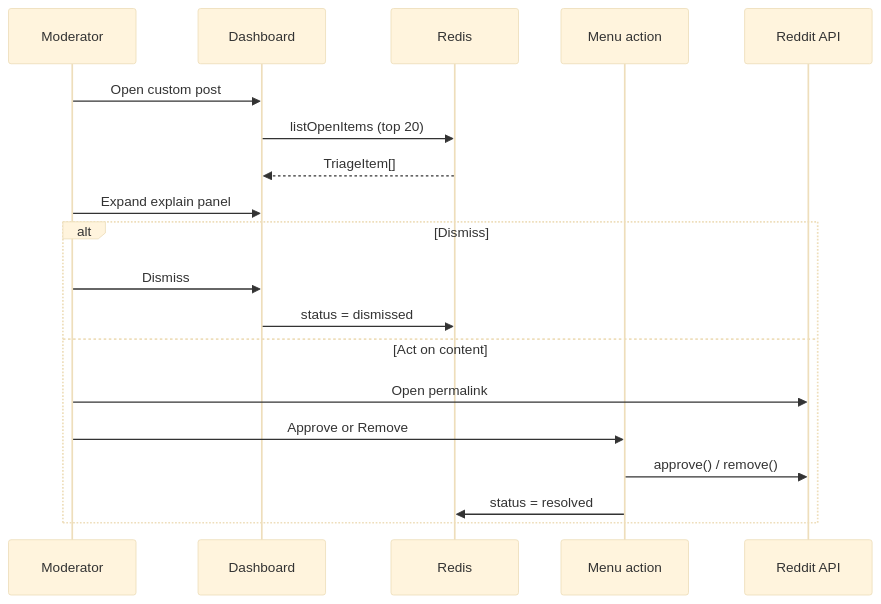
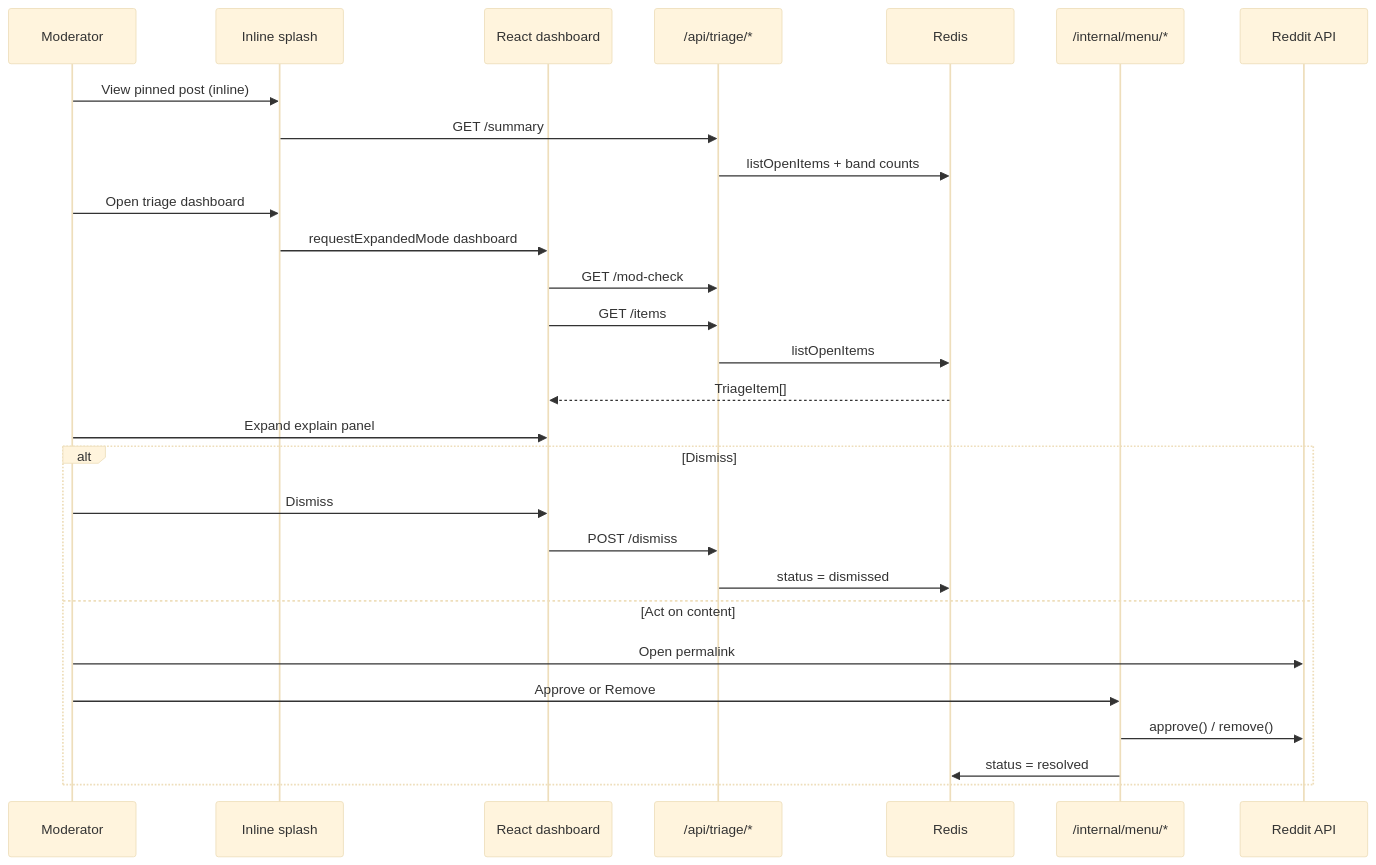
Before and after one commit to nag-gude/triageguard: the fourth of 6 diagrams in docs/ARCHITECTURE.md, drawn with Mermaid (base theme). The commit also changed other lines of this file and 33 other files, not shown here.

````diff
--- a/docs/ARCHITECTURE.md
+++ b/docs/ARCHITECTURE.md
@@ -128,22 +211,31 @@
 ```mermaid
 sequenceDiagram
   participant M as Moderator
-  participant D as Dashboard
+  participant SPL as Inline splash
+  participant D as React dashboard
+  participant API as /api/triage/*
   participant R as Redis
-  participant Menu as Menu action
+  participant Menu as /internal/menu/*
   participant Reddit as Reddit API
 
-  M->>D: Open custom post
-  D->>R: listOpenItems (top 20)
+  M->>SPL: View pinned post (inline)
+  SPL->>API: GET /summary
+  API->>R: listOpenItems + band counts
+  M->>SPL: Open triage dashboard
+  SPL->>D: requestExpandedMode dashboard
+  D->>API: GET /mod-check
+  D->>API: GET /items
+  API->>R: listOpenItems
   R-->>D: TriageItem[]
   M->>D: Expand explain panel
   alt Dismiss
     M->>D: Dismiss
-    D->>R: status = dismissed
+    D->>API: POST /dismiss
+    API->>R: status = dismissed
   else Act on content
     M->>Reddit: Open permalink
     M->>Menu: Approve or Remove
     Menu->>Reddit: approve() / remove()
     Menu->>R: status = resolved
   end
 ```
````
